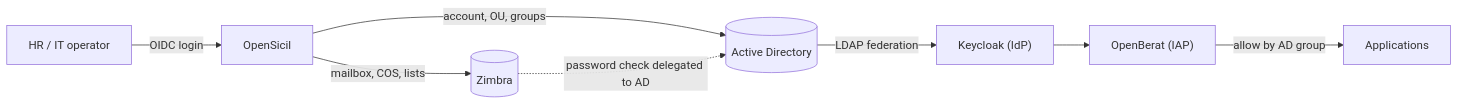
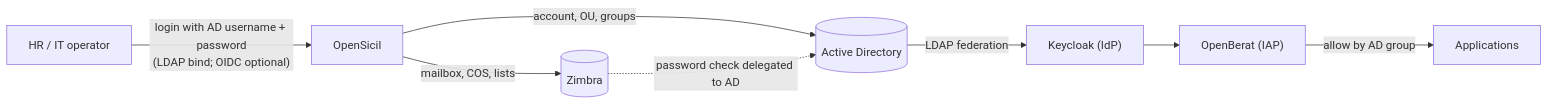
One commit to murat-akpinar/OpenSicil changed the first of 5 diagrams in README_ENG.md. Above: the diagram before and after it, drawn with Mermaid. The commit also changed other lines of this file and 10 other files, not shown here.

````diff
--- a/README_ENG.md
+++ b/README_ENG.md
@@ -40,10 +40,10 @@
 ```mermaid
 flowchart LR
-    hr["HR / IT operator"] -->|"OIDC login"| opensicil["OpenSicil"]
+    hr["HR / IT operator"] -->|"login with AD username + password<br/>(LDAP bind; OIDC optional)"| opensicil["OpenSicil"]
     opensicil -->|"account, OU, groups"| ad[("Active Directory")]
     opensicil -->|"mailbox, COS, lists"| zimbra[("Zimbra")]
     ad -->|"LDAP federation"| idp["Keycloak (IdP)"]
     zimbra -.->|"password check delegated to AD"| ad
     idp --> iap["OpenBerat (IAP)"]
     iap -->|"allow by AD group"| apps["Applications"]
 ```
````
